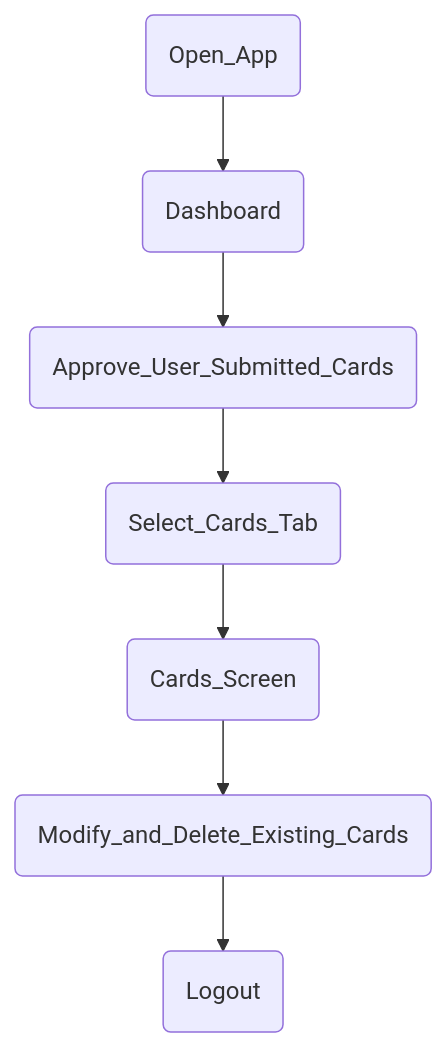
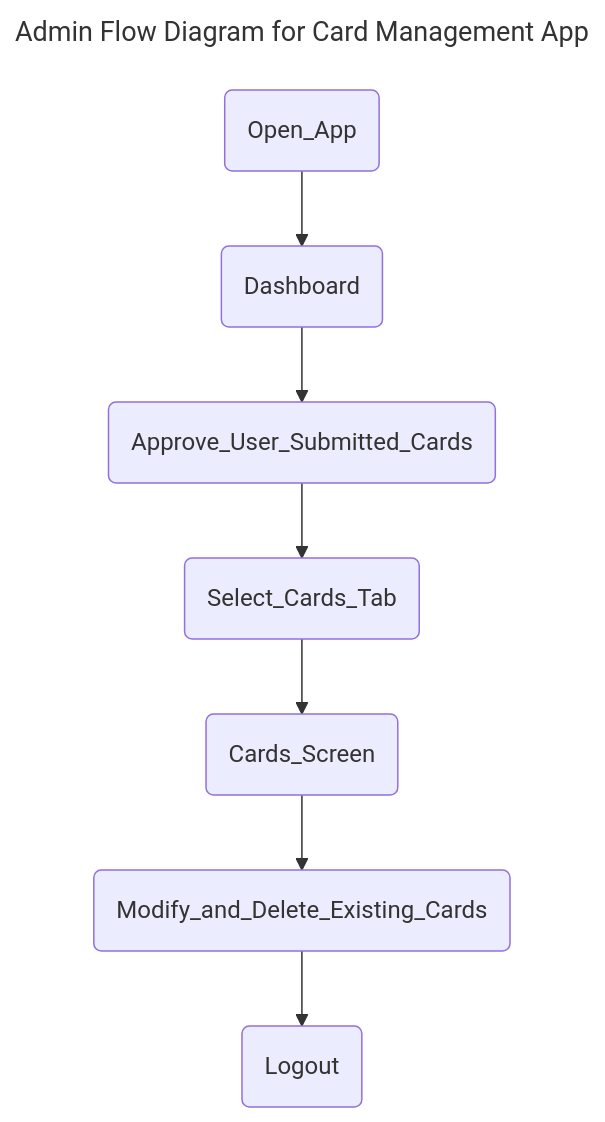
One commit to yjacobo3573/git-practice-Yulisa-Sandoval changed the second of 2 diagrams in PokemonGame/README.md. Above: the diagram before and after it, drawn with Mermaid. The commit also changed other lines of this file, not shown here.

Commit message:
Add two flow diagrams

````diff
--- a/PokemonGame/README.md
+++ b/PokemonGame/README.md
@@ -22,10 +26,13 @@
 ```mermaid
+---
+title: Admin Flow Diagram for Card Management App
+---
 %% Admin Flow Diagram
 flowchart TD
     A2(Open_App) --> B2(Dashboard)
     B2 --> C2(Approve_User_Submitted_Cards)
     C2 --> D2(Select_Cards_Tab)
     D2 --> E2(Cards_Screen)
     E2 --> F2(Modify_and_Delete_Existing_Cards)
     F2 --> G2(Logout)
 ```
````
